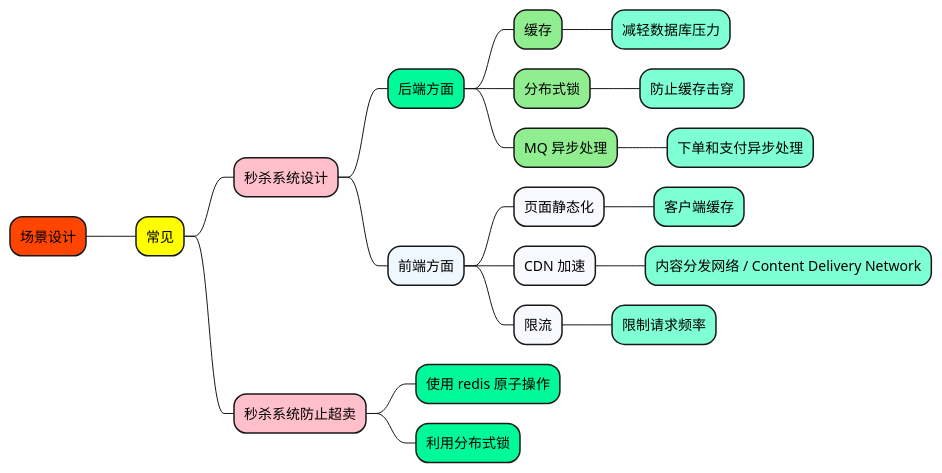
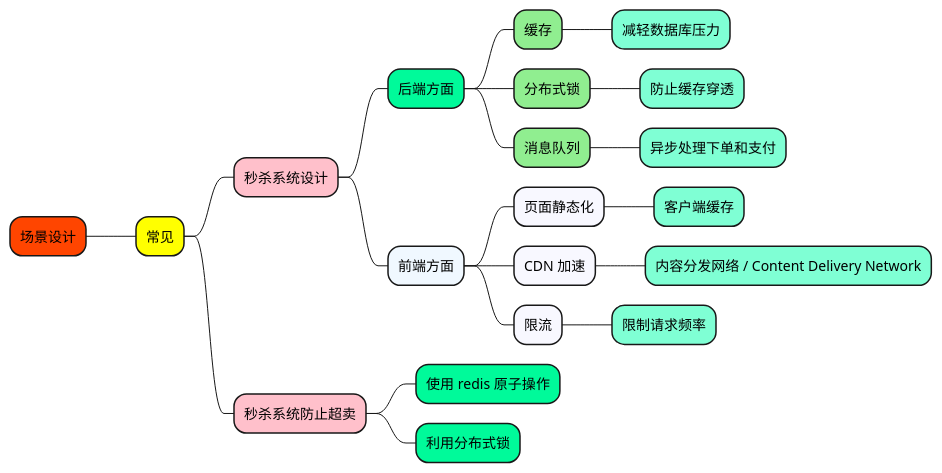
Before and after one commit to doveg/self-cultivation-of-a-software-engineer: the diagram in 1_map/architecture/SceneDesign_场景设计.puml, drawn with PlantUML. The commit also changed 7 other files, not shown here.

```diff
--- a/1_map/architecture/SceneDesign_场景设计.puml
+++ b/1_map/architecture/SceneDesign_场景设计.puml
@@ -1,28 +1,30 @@
 @startmindmap
 
 +[#OrangeRed] 场景设计
 
 ++[#yellow] 常见
 
 +++[#Pink] 秒杀系统设计
+
 ++++[#MediumSpringGreen] 后端方面
 +++++[#LightGreen] 缓存
 ++++++[#Aquamarine] 减轻数据库压力
 +++++[#LightGreen] 分布式锁
-++++++[#Aquamarine] 防止缓存击穿
-+++++[#LightGreen] MQ 异步处理
-++++++[#Aquamarine] 下单和支付异步处理
+++++++[#Aquamarine] 防止缓存穿透
++++++[#LightGreen] 消息队列
+++++++[#Aquamarine] 异步处理下单和支付
+
 ++++[#AliceBlue] 前端方面
 +++++[#GhostWhite] 页面静态化
 ++++++[#Aquamarine] 客户端缓存
 +++++[#GhostWhite] CDN 加速
 ++++++[#Aquamarine] 内容分发网络 / Content Delivery Network
 +++++[#GhostWhite] 限流
 ++++++[#Aquamarine] 限制请求频率
 
 +++[#Pink] 秒杀系统防止超卖
 ++++[#MediumSpringGreen] 使用 redis 原子操作
 ++++[#MediumSpringGreen] 利用分布式锁
 
 
 @endmindmap
```
